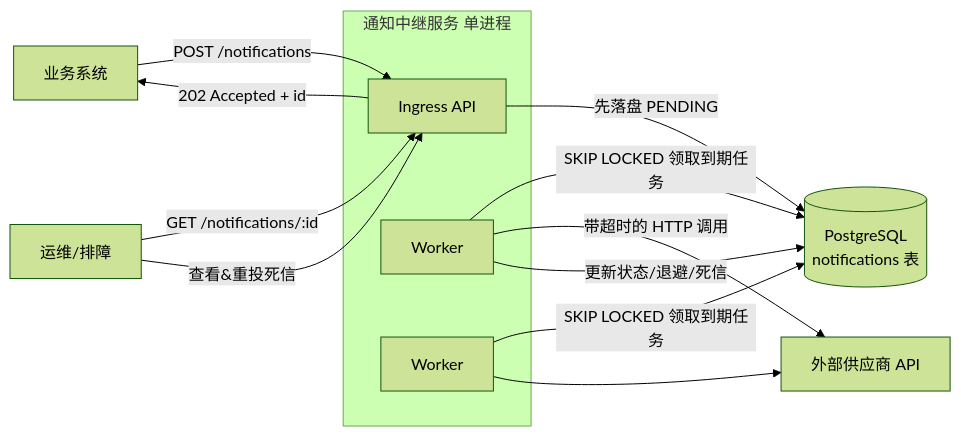
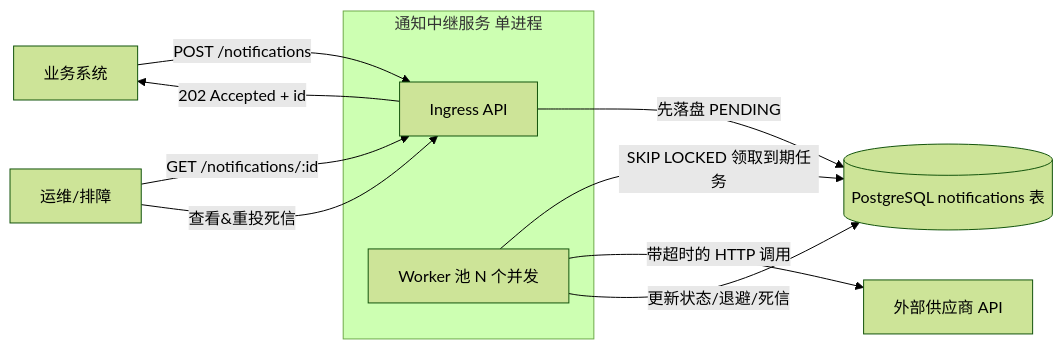
One commit to arete7-kai/rc_kai changed the first of 2 diagrams in README.md. Above: the diagram before and after it, drawn with Mermaid (forest theme).

Commit message:
Refactor flowchart for notification service
Updated the flowchart in the README to simplify the worker representation and improve clarity.

````diff
--- a/README.md
+++ b/README.md
@@ -62,21 +62,15 @@
 ```mermaid
 flowchart LR
-    BIZ[业务系统] -->|POST /notifications| API[Ingress API]
-    API -->|先落盘 PENDING| DB[(PostgreSQL<br/>notifications 表)]
-    API -->|202 Accepted + id| BIZ
-
-    subgraph SVC[通知中继服务 单进程]
-      API
-      W1[Worker]
-      W2[Worker]
-    end
-
-    W1 -->|SKIP LOCKED 领取到期任务| DB
-    W2 -->|SKIP LOCKED 领取到期任务| DB
-    W1 -->|带超时的 HTTP 调用| EXT[外部供应商 API]
-    W2 --> EXT
-    W1 -->|更新状态/退避/死信| DB
-
-    OPS[运维/排障] -->|GET /notifications/:id| API
-    OPS -->|查看&重投死信| API
+BIZ[业务系统] -->|POST /notifications| API[Ingress API]
+API -->|先落盘 PENDING| DB[(PostgreSQL notifications 表)]
+API -->|202 Accepted + id| BIZ
+subgraph SVC[通知中继服务 单进程]
+API
+W[Worker 池 N 个并发]
+end
+W -->|SKIP LOCKED 领取到期任务| DB
+W -->|带超时的 HTTP 调用| EXT[外部供应商 API]
+W -->|更新状态/退避/死信| DB
+OPS[运维/排障] -->|GET /notifications/:id| API
+OPS -->|查看&重投死信| API
 ```
````
